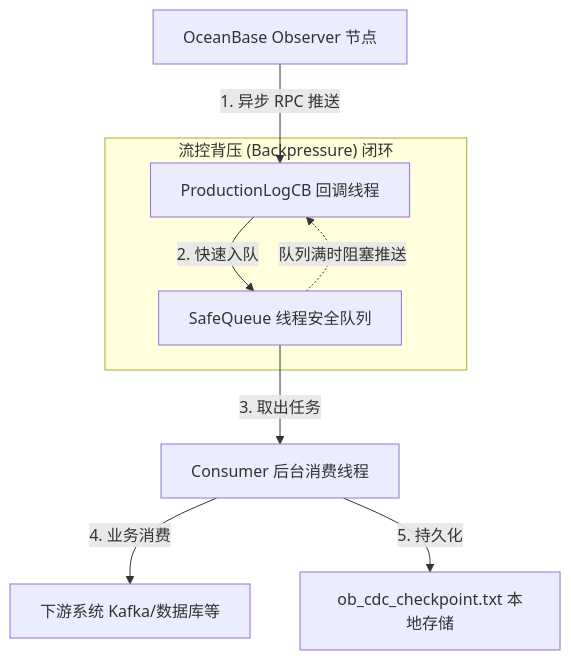
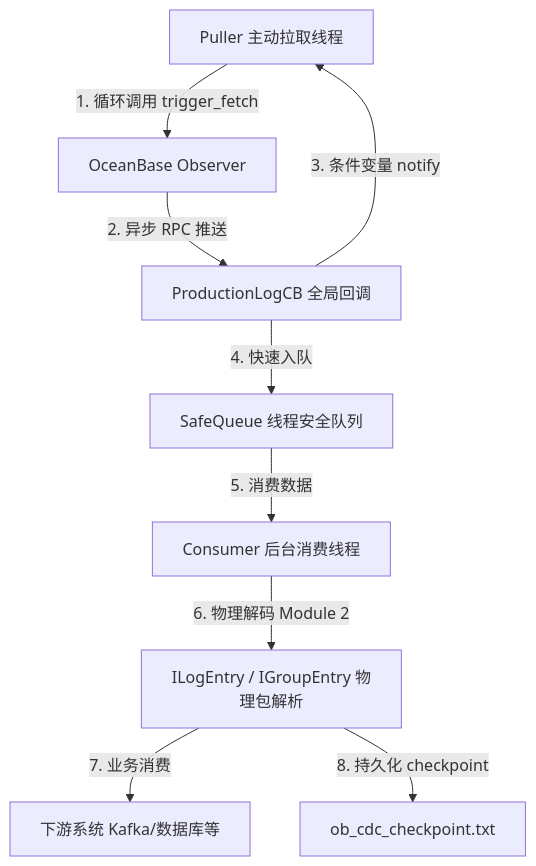
Before and after one commit to guziqiu/obcdctest: the diagram in obcdc_production_solution.md, drawn with Mermaid. The commit also changed other lines of this file and 5 other files, not shown here.

Commit message:
feat: implement high-availability production-ready CDC client and physical CLOG parser

````diff
--- a/obcdc_production_solution.md
+++ b/obcdc_production_solution.md
@@ -11,12 +11,11 @@
 ```mermaid
 graph TD
-    Observer[OceanBase Observer 节点] -->|1. 异步 RPC 推送| CB[ProductionLogCB 回调线程]
-    CB -->|2. 快速入队| Queue[SafeQueue 线程安全队列]
-    Queue -->|3. 取出任务| Consumer[Consumer 后台消费线程]
-    Consumer -->|4. 业务消费| Target[下游系统 Kafka/数据库等]
-    Consumer -->|5. 持久化| Disk[ob_cdc_checkpoint.txt 本地存储]
-    
-    subgraph "流控背压 (Backpressure) 闭环"
-        Queue -.->|队列满时阻塞推送| CB
-    end
+    Puller[Puller 主动拉取线程] -->|1. 循环调用 trigger_fetch| OB[OceanBase Observer]
+    OB -->|2. 异步 RPC 推送| CB[ProductionLogCB 全局回调]
+    CB -->|3. 条件变量 notify| Puller
+    CB -->|4. 快速入队| Queue[SafeQueue 线程安全队列]
+    Queue -->|5. 消费数据| Consumer[Consumer 后台消费线程]
+    Consumer -->|6. 物理解码 Module 2| Parser[ILogEntry / IGroupEntry 物理包解析]
+    Parser -->|7. 业务消费| Target[下游系统 Kafka/数据库等]
+    Parser -->|8. 持久化 checkpoint| Disk[ob_cdc_checkpoint.txt]
 ```
````
